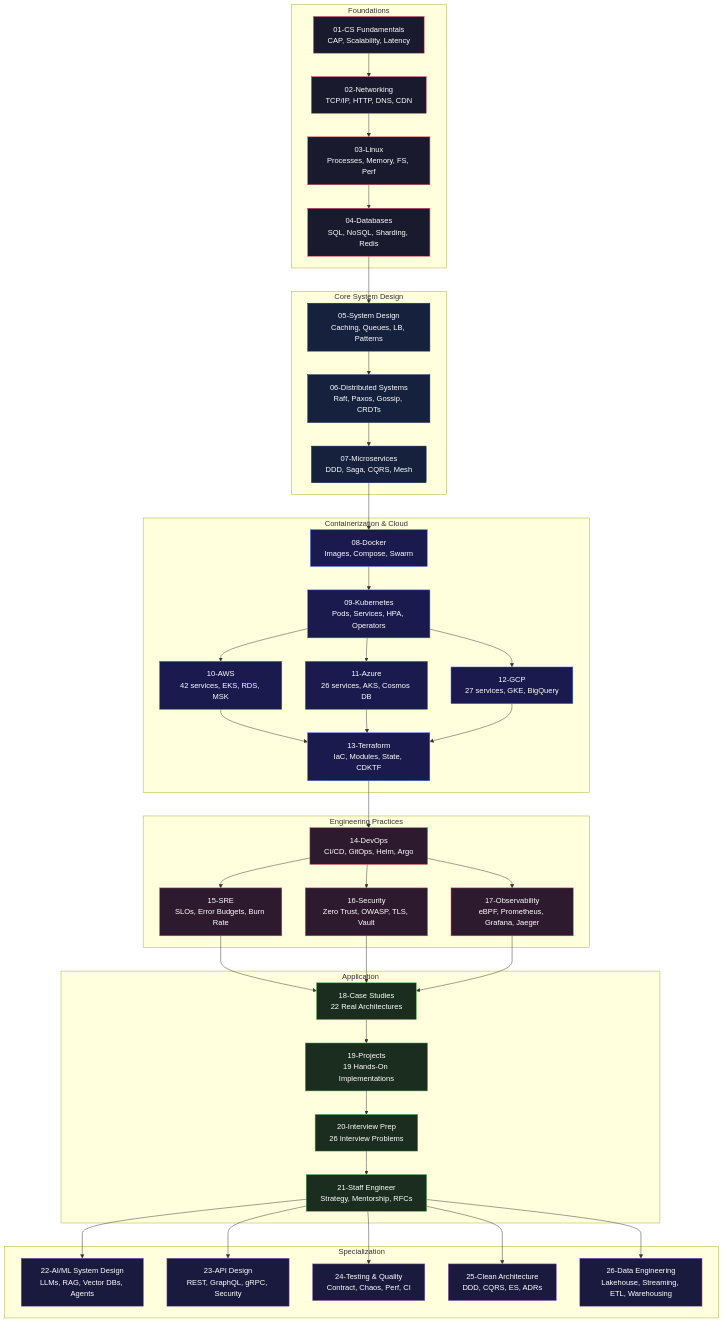
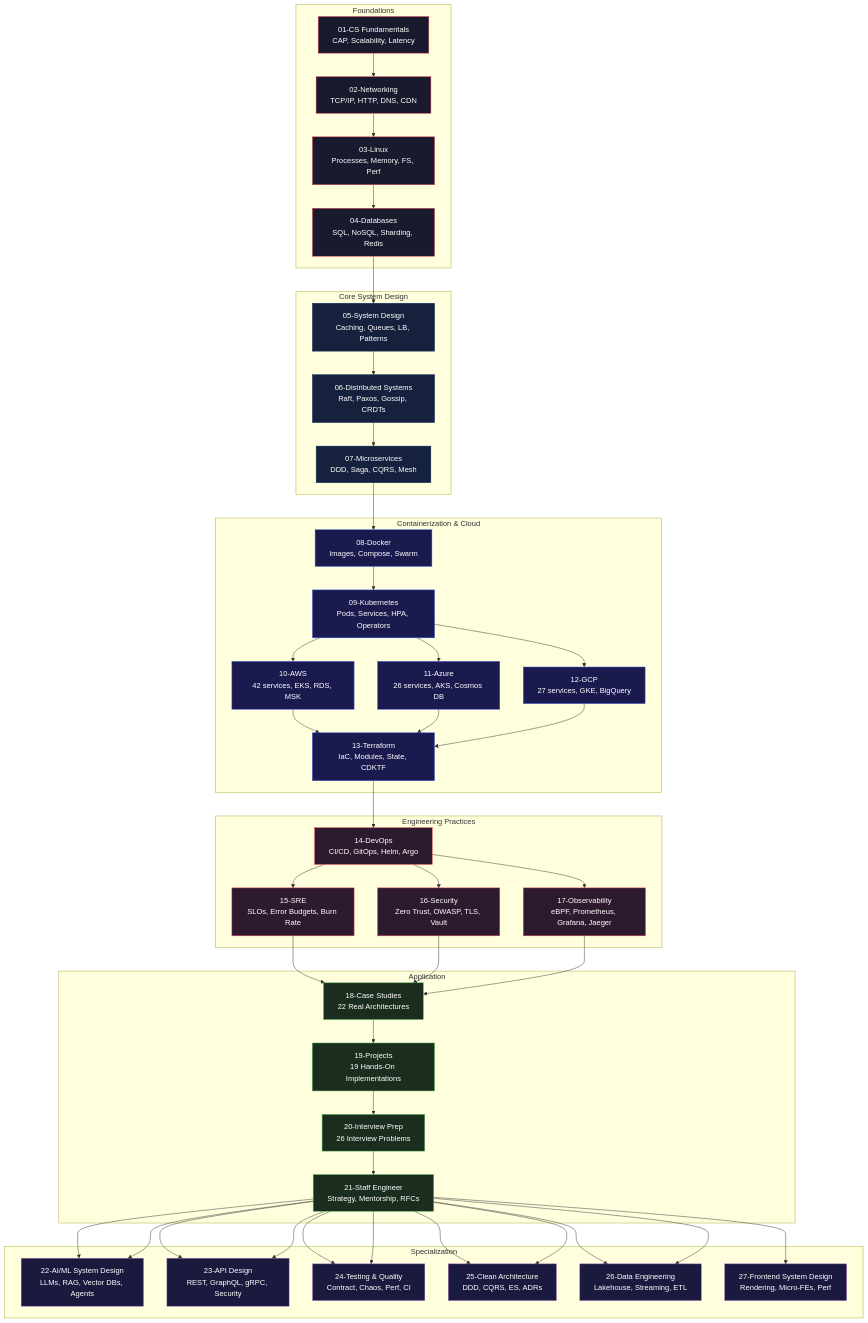
The diagram in README.md (ajju853/SystemDesignHandbook), drawn with Mermaid before and after one commit. The commit also changed other lines of this file and 19 other files, not shown here.

First line of the commit message:
feat: add 27-Frontend-System-Design module — 15 files

````diff
--- a/README.md
+++ b/README.md
@@ -52,63 +52,65 @@
 ```mermaid
 graph TB
     classDef foundation fill:#1a1a2e,stroke:#e94560,color:#fff
     classDef core fill:#16213e,stroke:#0f3460,color:#fff
     classDef cloud fill:#1a1a4e,stroke:#4361ee,color:#fff
     classDef advanced fill:#2d1a2e,stroke:#e94560,color:#fff
     classDef capstone fill:#1a2d1e,stroke:#4caf50,color:#fff
     classDef specialization fill:#1a1a3e,stroke:#9b59b6,color:#fff
 
     subgraph "Foundations"
         CS["01-CS Fundamentals<br/>CAP, Scalability, Latency"]:::foundation
         NET["02-Networking<br/>TCP/IP, HTTP, DNS, CDN"]:::foundation
         LIN["03-Linux<br/>Processes, Memory, FS, Perf"]:::foundation
         DB["04-Databases<br/>SQL, NoSQL, Sharding, Redis"]:::foundation
     end
 
     subgraph "Core System Design"
         SD["05-System Design<br/>Caching, Queues, LB, Patterns"]:::core
         DS["06-Distributed Systems<br/>Raft, Paxos, Gossip, CRDTs"]:::core
         MS["07-Microservices<br/>DDD, Saga, CQRS, Mesh"]:::core
     end
 
     subgraph "Containerization & Cloud"
         DOCK["08-Docker<br/>Images, Compose, Swarm"]:::cloud
         K8S["09-Kubernetes<br/>Pods, Services, HPA, Operators"]:::cloud
         AWS["10-AWS<br/>42 services, EKS, RDS, MSK"]:::cloud
         AZ["11-Azure<br/>26 services, AKS, Cosmos DB"]:::cloud
         GCP["12-GCP<br/>27 services, GKE, BigQuery"]:::cloud
         TF["13-Terraform<br/>IaC, Modules, State, CDKTF"]:::cloud
     end
 
     subgraph "Engineering Practices"
         DEV["14-DevOps<br/>CI/CD, GitOps, Helm, Argo"]:::advanced
         SRE["15-SRE<br/>SLOs, Error Budgets, Burn Rate"]:::advanced
         SEC["16-Security<br/>Zero Trust, OWASP, TLS, Vault"]:::advanced
         OBS["17-Observability<br/>eBPF, Prometheus, Grafana, Jaeger"]:::advanced
     end
 
     subgraph "Application"
         CASE["18-Case Studies<br/>22 Real Architectures"]:::capstone
         PROJ["19-Projects<br/>19 Hands-On Implementations"]:::capstone
         INT["20-Interview Prep<br/>26 Interview Problems"]:::capstone
         STAFF["21-Staff Engineer<br/>Strategy, Mentorship, RFCs"]:::capstone
     end
 
     subgraph "Specialization"
         AI["22-AI/ML System Design<br/>LLMs, RAG, Vector DBs, Agents"]:::specialization
         API["23-API Design<br/>REST, GraphQL, gRPC, Security"]:::specialization
         TEST["24-Testing & Quality<br/>Contract, Chaos, Perf, CI"]:::specialization
         ARCH["25-Clean Architecture<br/>DDD, CQRS, ES, ADRs"]:::specialization
         DE["26-Data Engineering<br/>Lakehouse, Streaming, ETL"]:::specialization
+        FE["27-Frontend System Design<br/>Rendering, Micro-FEs, Perf"]:::specialization
     end
 
     CS --> NET --> LIN --> DB
     DB --> SD --> DS --> MS
     MS --> DOCK --> K8S
     K8S --> AWS & AZ & GCP
     AWS & AZ & GCP --> TF --> DEV
     DEV --> SRE & SEC & OBS
     SRE & SEC & OBS --> CASE --> PROJ --> INT --> STAFF
     STAFF --> AI & API & TEST & ARCH & DE
-    DE["26-Data Engineering<br/>Lakehouse, Streaming, ETL, Warehousing"]:::specialization
+    STAFF --> AI & API & TEST & ARCH & DE & FE
+    FE["27-Frontend System Design<br/>Rendering, Micro-FEs, Perf"]:::specialization
 ```
````
